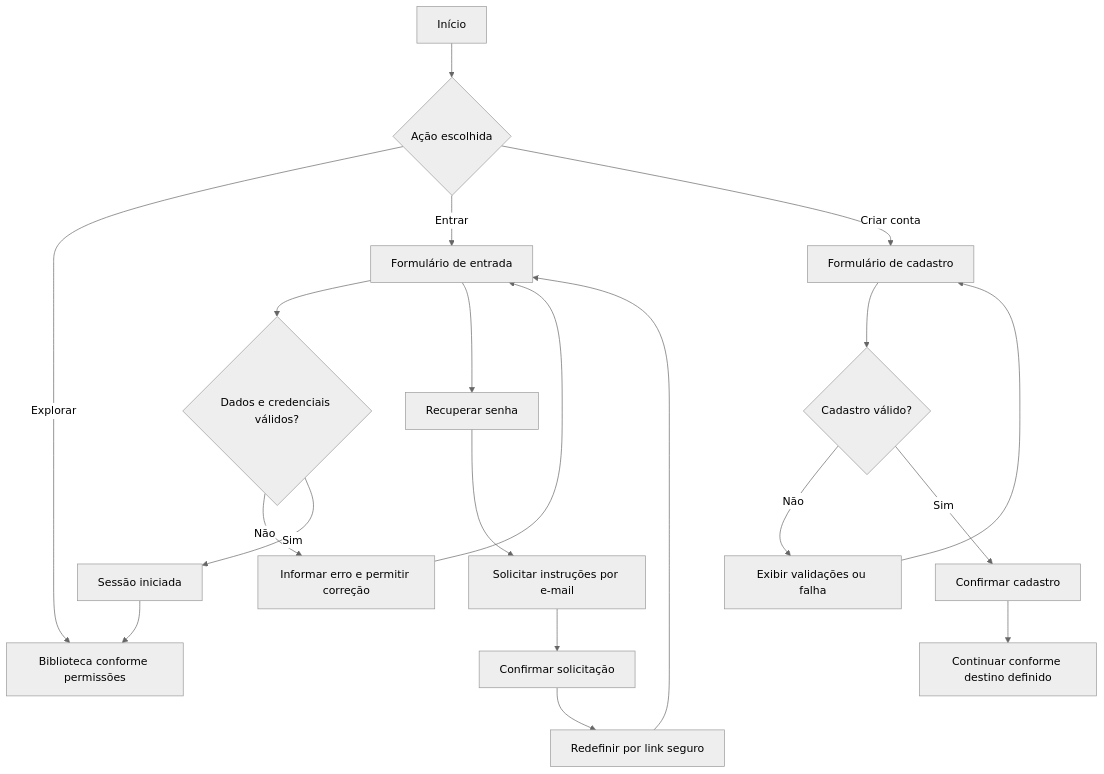
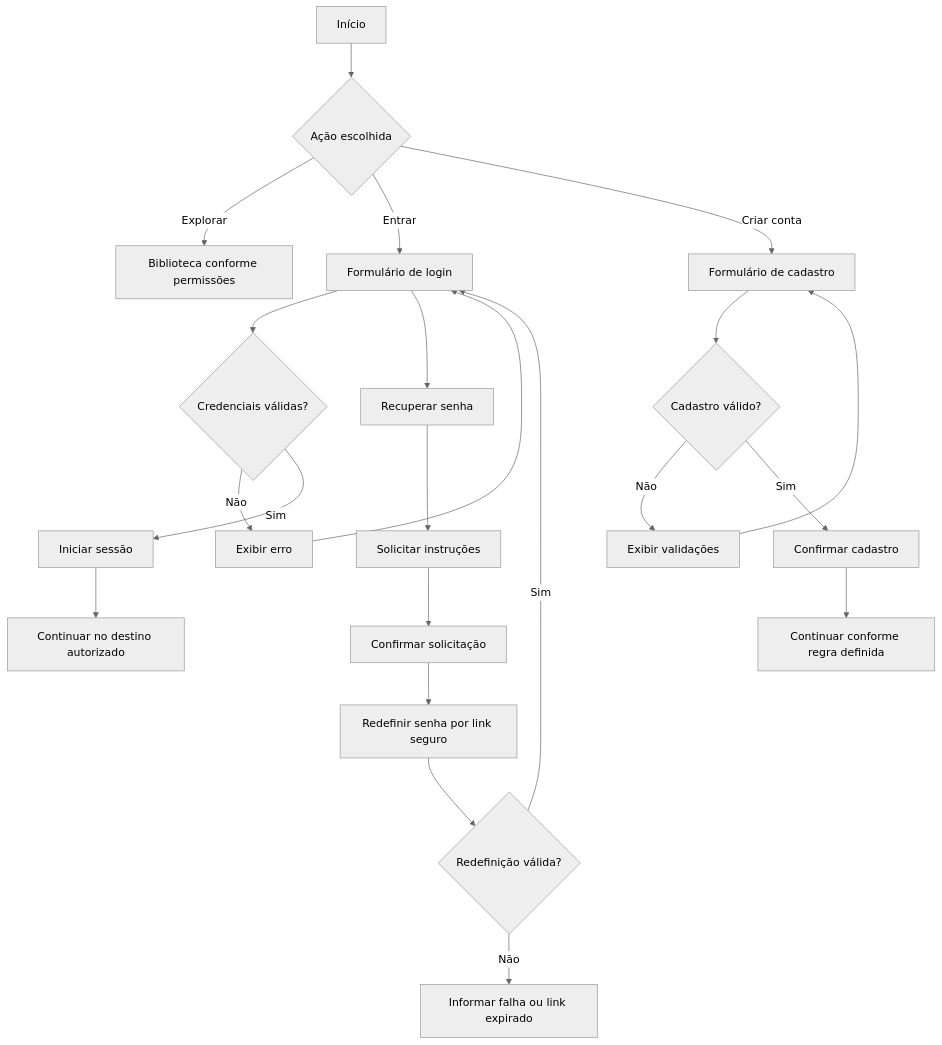
One commit to pedroalbuqu3rque/educomp changed the second of 6 diagrams in docs/ux-ui/user-flow.md. Above: the diagram before and after it, drawn with Mermaid (neutral theme). The commit also changed other lines of this file, not shown here.

Commit message:
docs(ux-ui): alinha user flow aos fluxos do MVP

````diff
--- a/docs/ux-ui/user-flow.md
+++ b/docs/ux-ui/user-flow.md
@@ -52,22 +107,27 @@
 ```mermaid
 flowchart TD
     A[Início] --> B{Ação escolhida}
     B -->|Explorar| C[Biblioteca conforme permissões]
-    B -->|Entrar| D[Formulário de entrada]
+    B -->|Entrar| D[Formulário de login]
     B -->|Criar conta| E[Formulário de cadastro]
-    D --> F{Dados e credenciais válidos?}
-    F -->|Não| G[Informar erro e permitir correção]
+
+    D --> F{Credenciais válidas?}
+    F -->|Não| G[Exibir erro]
     G --> D
-    F -->|Sim| H[Sessão iniciada]
-    H --> C
-    E --> I{Cadastro válido?}
-    I -->|Não| J[Exibir validações ou falha]
-    J --> E
-    I -->|Sim| K[Confirmar cadastro]
-    K --> L[Continuar conforme destino definido]
-    D --> M[Recuperar senha]
-    M --> N[Solicitar instruções por e-mail]
-    N --> O[Confirmar solicitação]
-    O --> P[Redefinir por link seguro]
-    P --> D
+    F -->|Sim| H[Iniciar sessão]
+    H --> I[Continuar no destino autorizado]
+
+    E --> J{Cadastro válido?}
+    J -->|Não| K[Exibir validações]
+    K --> E
+    J -->|Sim| L[Confirmar cadastro]
+    L --> M[Continuar conforme regra definida]
+
+    D --> N[Recuperar senha]
+    N --> O[Solicitar instruções]
+    O --> P[Confirmar solicitação]
+    P --> Q[Redefinir senha por link seguro]
+    Q --> R{Redefinição válida?}
+    R -->|Sim| D
+    R -->|Não| S[Informar falha ou link expirado]
 ```
````
